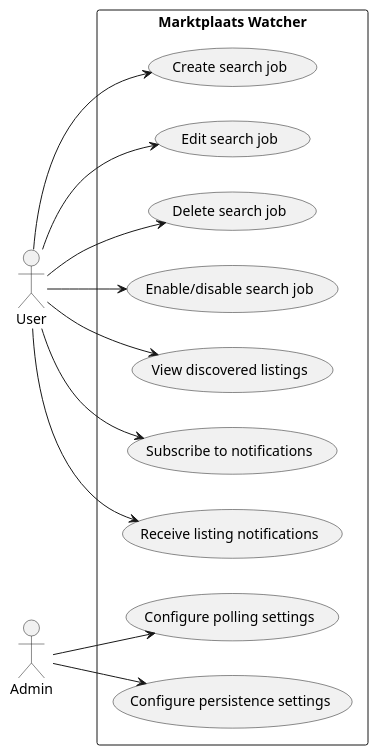
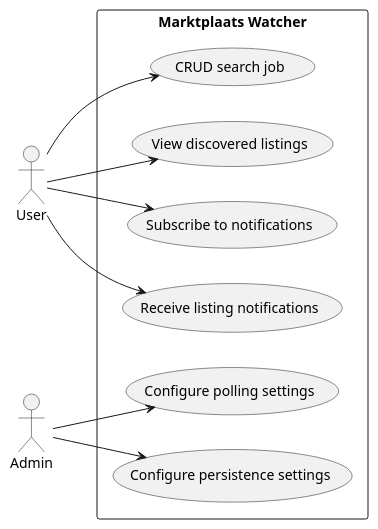
Before and after one commit to RyanHam04/marktplaats-scheduler: the diagram in docs/diagrams/usecase_overview.puml, drawn with PlantUML. The commit also changed 18 other files, not shown here.

```diff
--- a/docs/diagrams/usecase_overview.puml
+++ b/docs/diagrams/usecase_overview.puml
@@ -1,36 +1,30 @@
 @startuml
 left to right direction
 
 actor User
 actor Admin
 
 rectangle "Marktplaats Watcher" {
 
-  usecase "Create search job"
-  usecase "Edit search job"
-  usecase "Delete search job"
-  usecase "Enable/disable search job"
+  usecase "CRUD search job"
 
   usecase "View discovered listings"
 
   usecase "Subscribe to notifications"
   usecase "Receive listing notifications"
 
   usecase "Configure polling settings"
   usecase "Configure persistence settings"
 }
 
-User --> (Create search job)
-User --> (Edit search job)
-User --> (Delete search job)
-User --> (Enable/disable search job)
+User --> (CRUD search job)
 
 User --> (View discovered listings)
 
 User --> (Subscribe to notifications)
 User --> (Receive listing notifications)
 
 Admin --> (Configure polling settings)
 Admin --> (Configure persistence settings)
 
 @enduml
```
